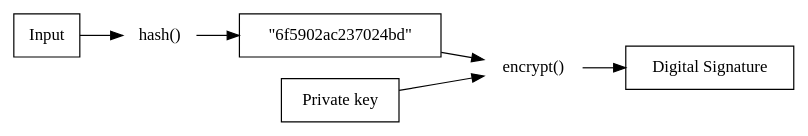
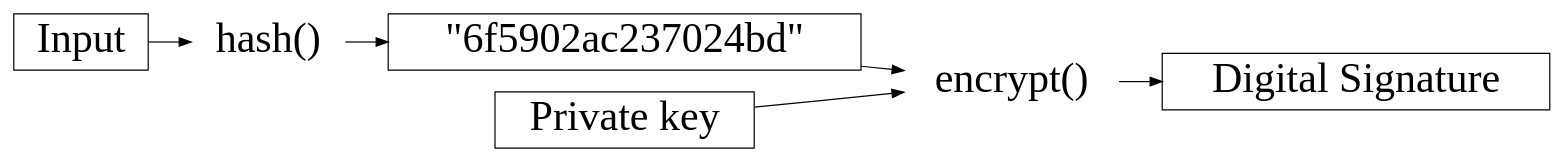
One commit to froland/semisecu changed the diagram in presentation/slides/img/signature-schema.dot. Above: the diagram before and after it, drawn with Graphviz. The commit also changed 6 other files, not shown here.

```diff
--- a/presentation/slides/img/signature-schema.dot
+++ b/presentation/slides/img/signature-schema.dot
@@ -1,15 +1,15 @@
 digraph Signature {
 	rankdir = LR
 	margin = 0
 	node [ shape = none ]
 
-	Input [ shape = box ]
-	HashFunction [ label = "hash()" ]
-	Hash [ shape = box, label = "\"6f5902ac237024bd\""]
-	PrivateKey [ shape = box, label = "Private key" ]
-	Encryption [ label = "encrypt()" ]
-	Signature [ shape = box, label = "Digital Signature" ]
+	Input [ shape = box, fontsize = 35 ]
+	HashFunction [ label = "hash()", fontsize = 35 ]
+	Hash [ shape = box, label = "\"6f5902ac237024bd\"", fontsize = 35]
+	PrivateKey [ shape = box, label = "Private key", fontsize = 35 ]
+	Encryption [ label = "encrypt()", fontsize = 35 ]
+	Signature [ shape = box, label = "Digital Signature", fontsize = 35 ]
 
 	Input -> HashFunction -> Hash
 	{ Hash PrivateKey } -> Encryption -> Signature
 }
```
